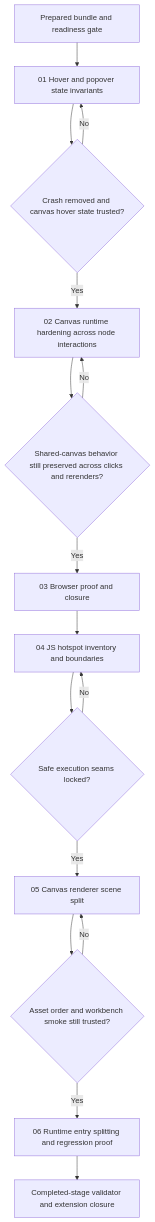
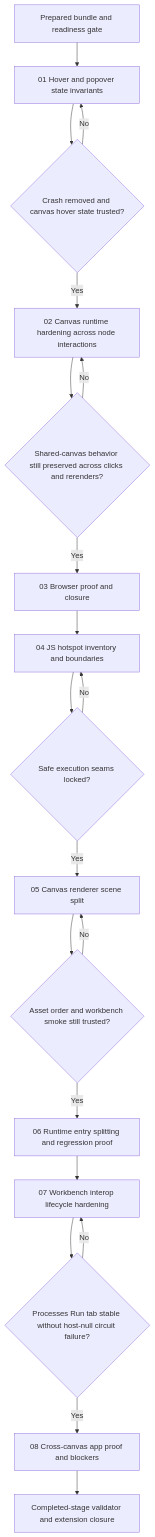
One commit to fyziktom/CanDoItAll changed the diagram in codex/bundles/canvas-workbench-popover-hardening-2026-04-10/plan/01-phase-plan.md. Above: the diagram before and after it, drawn with Mermaid. The commit also changed other lines of this file and 10 other files, not shown here.

````diff
--- a/codex/bundles/canvas-workbench-popover-hardening-2026-04-10/plan/01-phase-plan.md
+++ b/codex/bundles/canvas-workbench-popover-hardening-2026-04-10/plan/01-phase-plan.md
@@ -16,18 +18,22 @@
 ```mermaid
 flowchart TD
     Prep["Prepared bundle and readiness gate"] --> SB01["01 Hover and popover state invariants"]
     SB01 --> Gate01{"Crash removed and canvas hover state trusted?"}
     Gate01 -->|Yes| SB02["02 Canvas runtime hardening across node interactions"]
     Gate01 -->|No| SB01
     SB02 --> Gate02{"Shared-canvas behavior still preserved across clicks and rerenders?"}
     Gate02 -->|Yes| SB03["03 Browser proof and closure"]
     Gate02 -->|No| SB02
     SB03 --> Reopen["04 JS hotspot inventory and boundaries"]
     Reopen --> Gate04{"Safe execution seams locked?"}
     Gate04 -->|Yes| SB05["05 Canvas renderer scene split"]
     Gate04 -->|No| Reopen
     SB05 --> Gate05{"Asset order and workbench smoke still trusted?"}
     Gate05 -->|Yes| SB06["06 Runtime entry splitting and regression proof"]
     Gate05 -->|No| SB05
-    SB06 --> Close["Completed-stage validator and extension closure"]
+    SB06 --> Reopen2["07 Workbench interop lifecycle hardening"]
+    Reopen2 --> Gate07{"Processes Run tab stable without host-null circuit failure?"}
+    Gate07 -->|Yes| SB08["08 Cross-canvas app proof and blockers"]
+    Gate07 -->|No| Reopen2
+    SB08 --> Close["Completed-stage validator and extension closure"]
 ```
````
